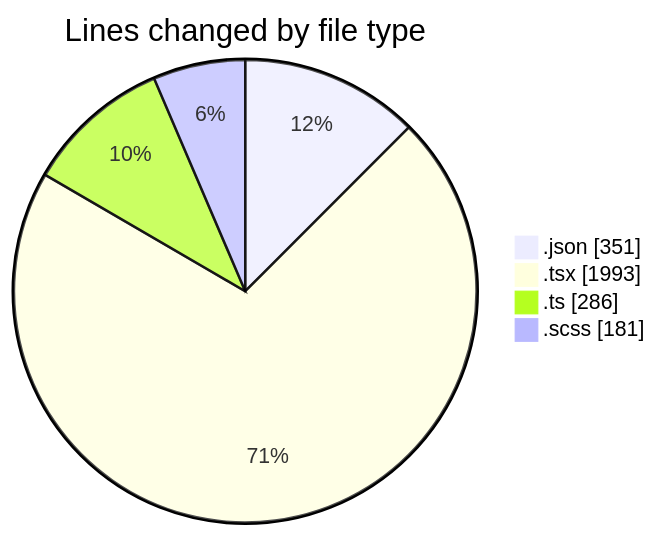
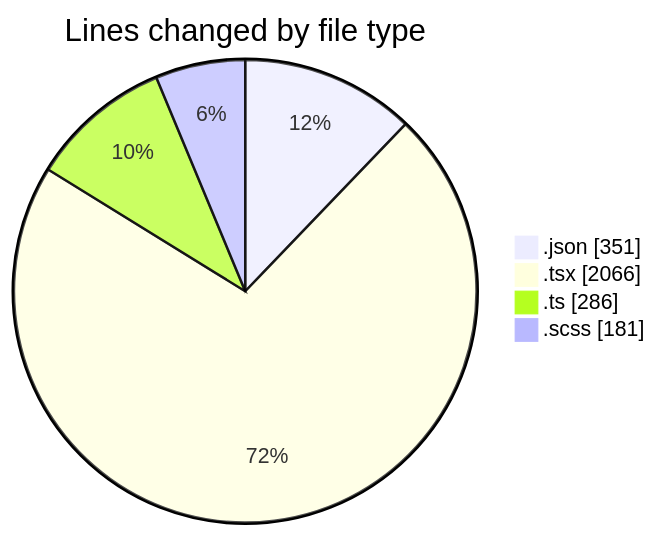
Before and after one commit to momahboobian/code-tracking: the first of 2 diagrams in 2026-04-22/cda/README.md, drawn with Mermaid. The commit also changed other lines of this file and 1 other file, not shown here.

````diff
--- a/2026-04-22/cda/README.md
+++ b/2026-04-22/cda/README.md
@@ -40,8 +41,8 @@
 ```mermaid
 pie showData
 title Lines changed by file type
 ".json" : 351
-".tsx" : 1993
+".tsx" : 2066
 ".ts" : 286
 ".scss" : 181
 ```
````
